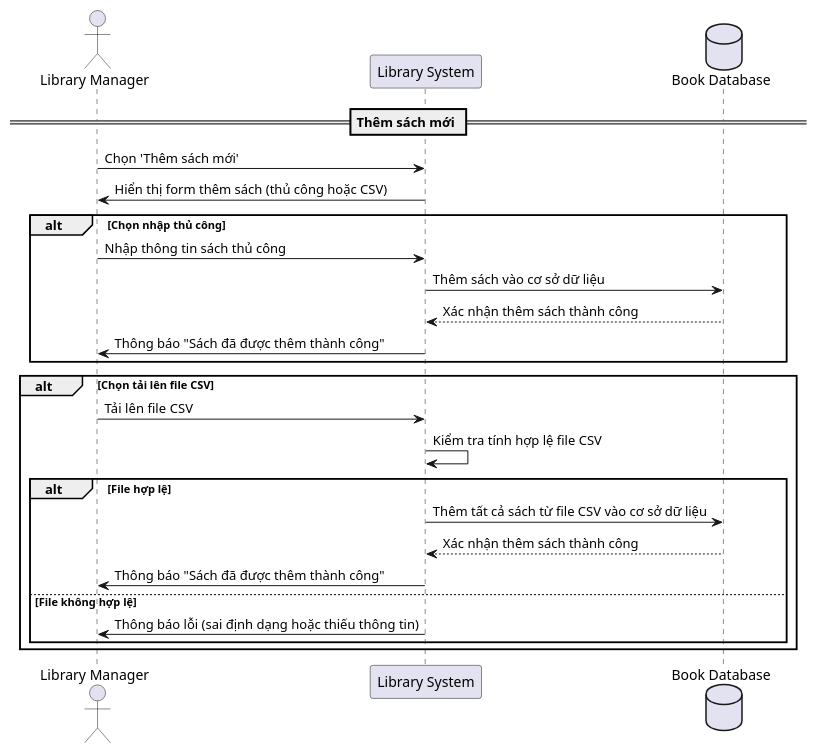
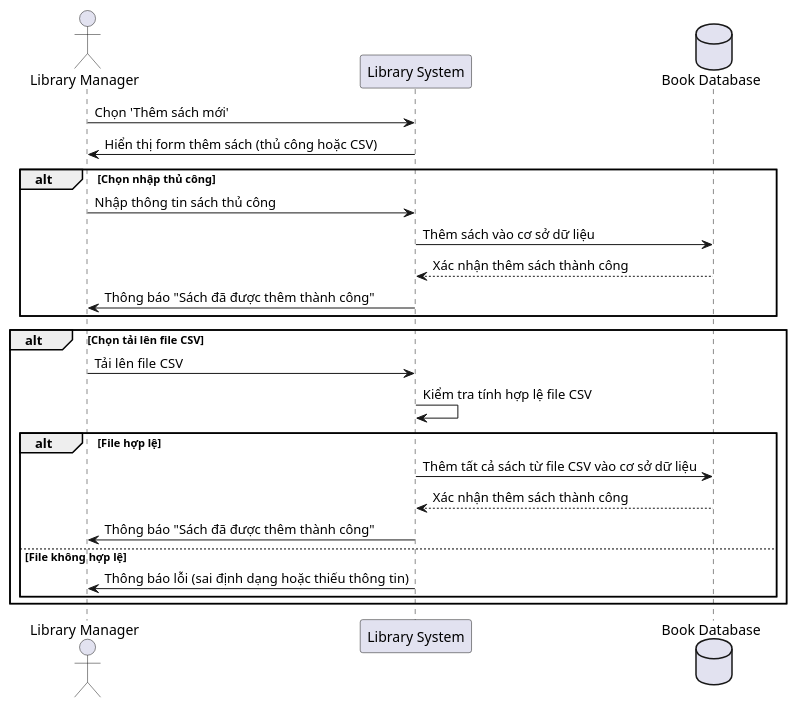
Before and after one commit to DaniGDSC/Diagram: the diagram in use_case/manager/add_book.puml, drawn with PlantUML. The commit also changed 4 other files, not shown here.

```diff
--- a/use_case/manager/add_book.puml
+++ b/use_case/manager/add_book.puml
@@ -1,30 +1,28 @@
 @startuml
 actor "Library Manager" as manager
 participant "Library System" as system
 database "Book Database" as db
-
-== Thêm sách mới ==
 
 manager -> system : Chọn 'Thêm sách mới'
 system -> manager : Hiển thị form thêm sách (thủ công hoặc CSV)
 
 alt Chọn nhập thủ công
     manager -> system : Nhập thông tin sách thủ công
     system -> db : Thêm sách vào cơ sở dữ liệu
     db --> system : Xác nhận thêm sách thành công
     system -> manager : Thông báo "Sách đã được thêm thành công"
 end
 
 alt Chọn tải lên file CSV
     manager -> system : Tải lên file CSV
     system -> system : Kiểm tra tính hợp lệ file CSV
     alt File hợp lệ
         system -> db : Thêm tất cả sách từ file CSV vào cơ sở dữ liệu
         db --> system : Xác nhận thêm sách thành công
         system -> manager : Thông báo "Sách đã được thêm thành công"
     else File không hợp lệ
         system -> manager : Thông báo lỗi (sai định dạng hoặc thiếu thông tin)
     end
 end
 
 @enduml
```
